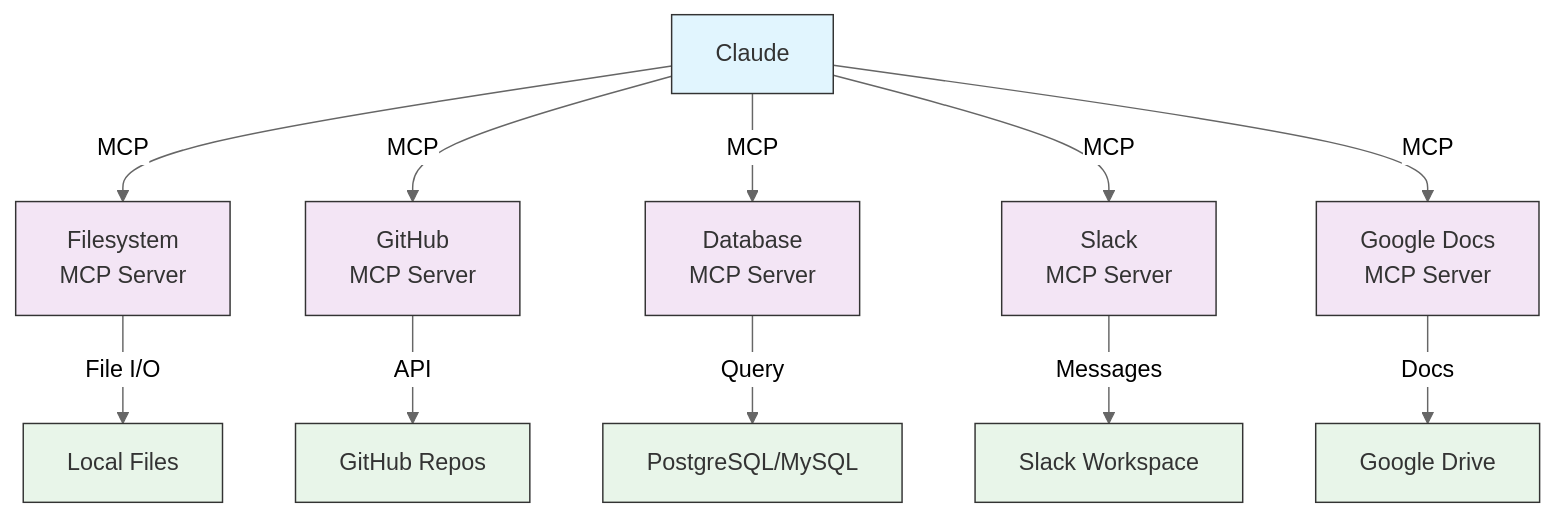
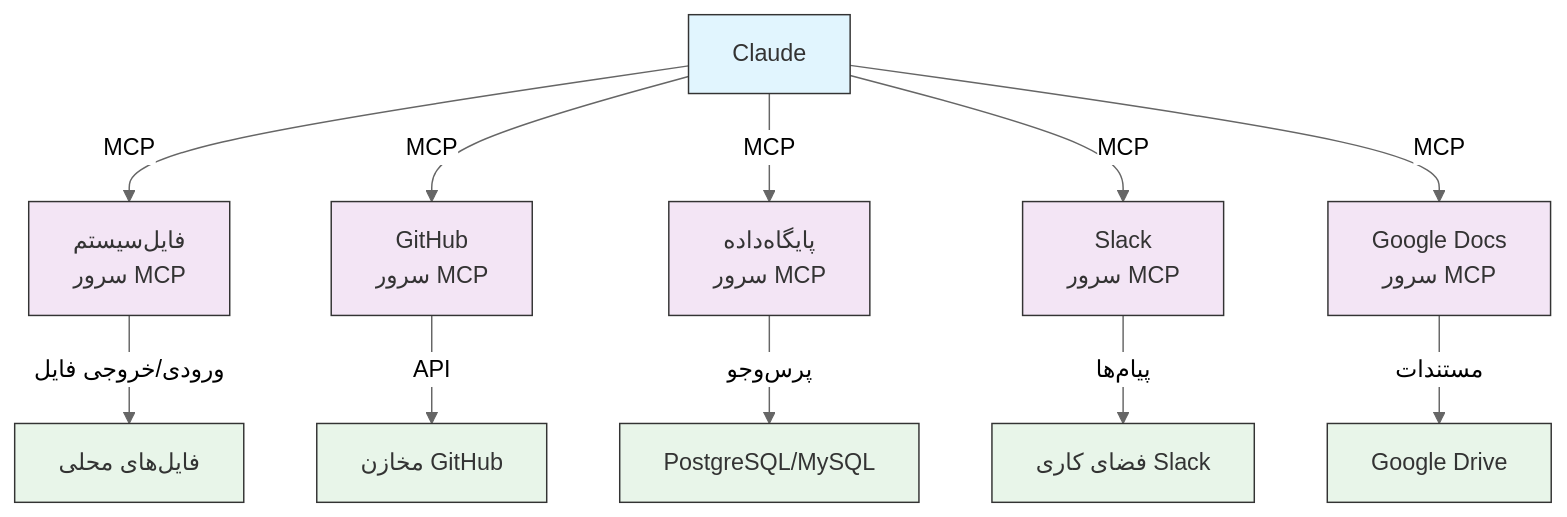
The second of 7 diagrams in fa/05-mcp/README.md (hassanbht/claude-howto), drawn with Mermaid (neutral theme) before and after one commit. The commit also changed other lines of this file and 53 other files, not shown here.

````diff
--- a/fa/05-mcp/README.md
+++ b/fa/05-mcp/README.md
@@ -46,26 +46,26 @@
 ```mermaid
 graph TB
-    A["Claude"] -->|MCP| B["Filesystem<br/>MCP Server"]
-    A -->|MCP| C["GitHub<br/>MCP Server"]
-    A -->|MCP| D["Database<br/>MCP Server"]
-    A -->|MCP| E["Slack<br/>MCP Server"]
-    A -->|MCP| F["Google Docs<br/>MCP Server"]
+    A["Claude"] -->|MCP| B["فایل‌سیستم<br/>سرور MCP"]
+    A -->|MCP| C["GitHub<br/>سرور MCP"]
+    A -->|MCP| D["پایگاه‌داده<br/>سرور MCP"]
+    A -->|MCP| E["Slack<br/>سرور MCP"]
+    A -->|MCP| F["Google Docs<br/>سرور MCP"]
 
-    B -->|File I/O| G["Local Files"]
-    C -->|API| H["GitHub Repos"]
-    D -->|Query| I["PostgreSQL/MySQL"]
-    E -->|Messages| J["Slack Workspace"]
-    F -->|Docs| K["Google Drive"]
+    B -->|ورودی/خروجی فایل| G["فایل‌های محلی"]
+    C -->|API| H["مخازن GitHub"]
+    D -->|پرس‌وجو| I["PostgreSQL/MySQL"]
+    E -->|پیام‌ها| J["فضای کاری Slack"]
+    F -->|مستندات| K["Google Drive"]
 
     style A fill:#e1f5fe,stroke:#333,color:#333
     style B fill:#f3e5f5,stroke:#333,color:#333
     style C fill:#f3e5f5,stroke:#333,color:#333
     style D fill:#f3e5f5,stroke:#333,color:#333
     style E fill:#f3e5f5,stroke:#333,color:#333
     style F fill:#f3e5f5,stroke:#333,color:#333
     style G fill:#e8f5e9,stroke:#333,color:#333
     style H fill:#e8f5e9,stroke:#333,color:#333
     style I fill:#e8f5e9,stroke:#333,color:#333
     style J fill:#e8f5e9,stroke:#333,color:#333
     style K fill:#e8f5e9,stroke:#333,color:#333
 ```
````
